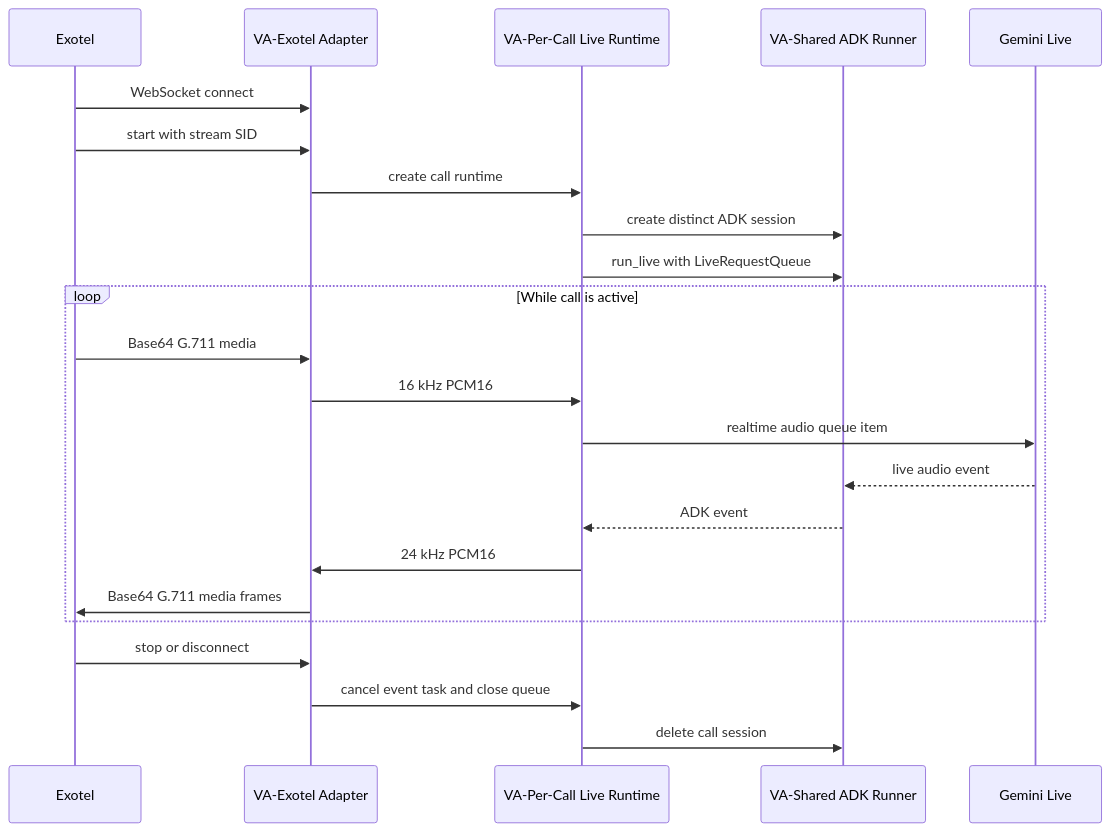
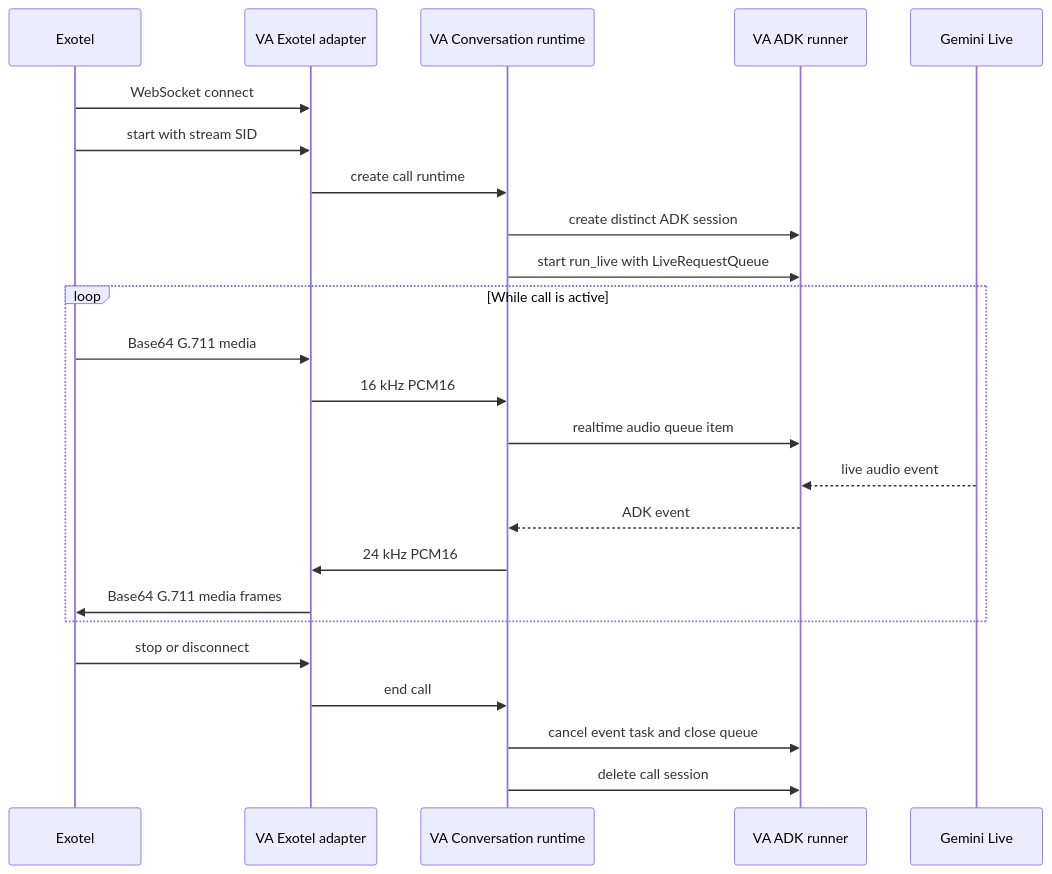
The second of 2 diagrams in service/voice-agent/docs/architecture.md (mriduljain/voice-agent), drawn with Mermaid before and after one commit. The commit also changed other lines of this file, not shown here.

Commit message:
Synchronize architecture documentation

````diff
--- a/service/voice-agent/docs/architecture.md
+++ b/service/voice-agent/docs/architecture.md
@@ -95,28 +141,29 @@
 ```mermaid
 sequenceDiagram
     participant EX as Exotel
-    participant VAEX as VA-Exotel Adapter
-    participant VACALL as VA-Per-Call Live Runtime
-    participant VARUN as VA-Shared ADK Runner
+    participant VAEX as VA Exotel adapter
+    participant VACONV as VA Conversation runtime
+    participant VARUN as VA ADK runner
     participant GEM as Gemini Live
 
     EX->>VAEX: WebSocket connect
     EX->>VAEX: start with stream SID
-    VAEX->>VACALL: create call runtime
-    VACALL->>VARUN: create distinct ADK session
-    VACALL->>VARUN: run_live with LiveRequestQueue
+    VAEX->>VACONV: create call runtime
+    VACONV->>VARUN: create distinct ADK session
+    VACONV->>VARUN: start run_live with LiveRequestQueue
 
     loop While call is active
         EX->>VAEX: Base64 G.711 media
-        VAEX->>VACALL: 16 kHz PCM16
-        VACALL->>GEM: realtime audio queue item
+        VAEX->>VACONV: 16 kHz PCM16
+        VACONV->>VARUN: realtime audio queue item
         GEM-->>VARUN: live audio event
-        VARUN-->>VACALL: ADK event
-        VACALL->>VAEX: 24 kHz PCM16
+        VARUN-->>VACONV: ADK event
+        VACONV->>VAEX: 24 kHz PCM16
         VAEX->>EX: Base64 G.711 media frames
     end
 
     EX->>VAEX: stop or disconnect
-    VAEX->>VACALL: cancel event task and close queue
-    VACALL->>VARUN: delete call session
+    VAEX->>VACONV: end call
+    VACONV->>VARUN: cancel event task and close queue
+    VACONV->>VARUN: delete call session
 ```
````
